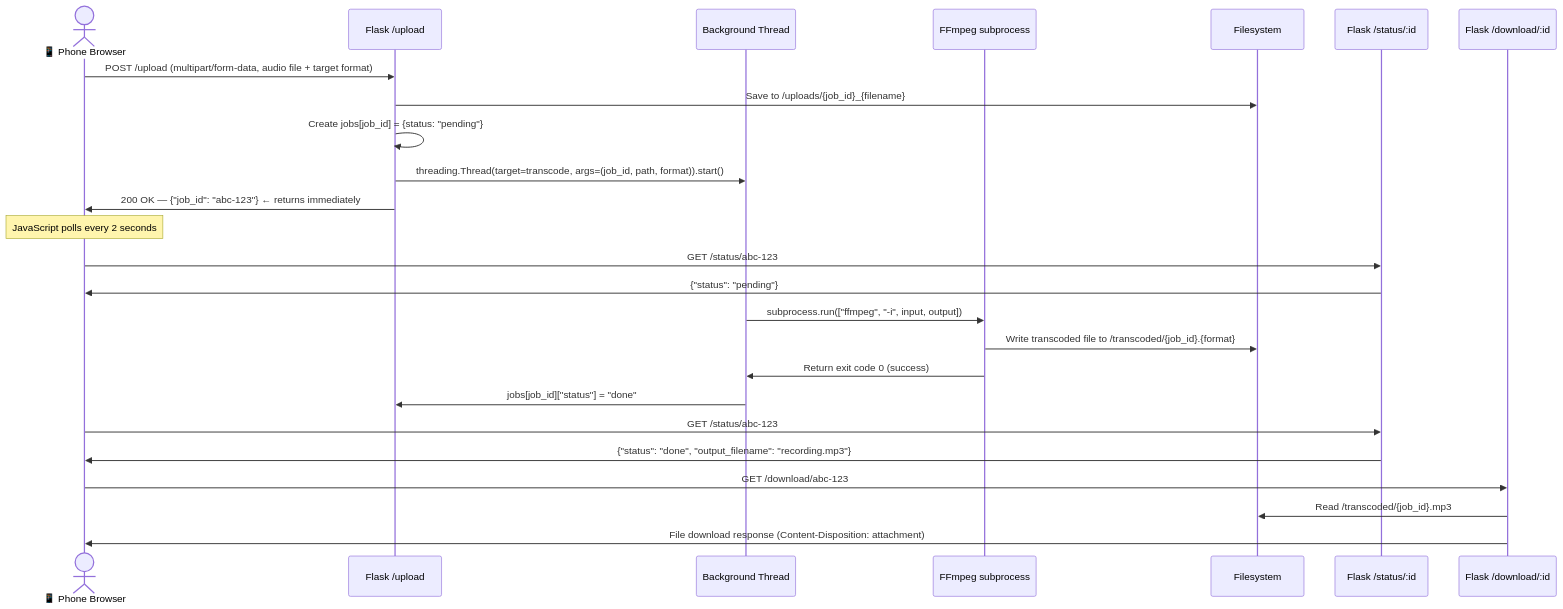
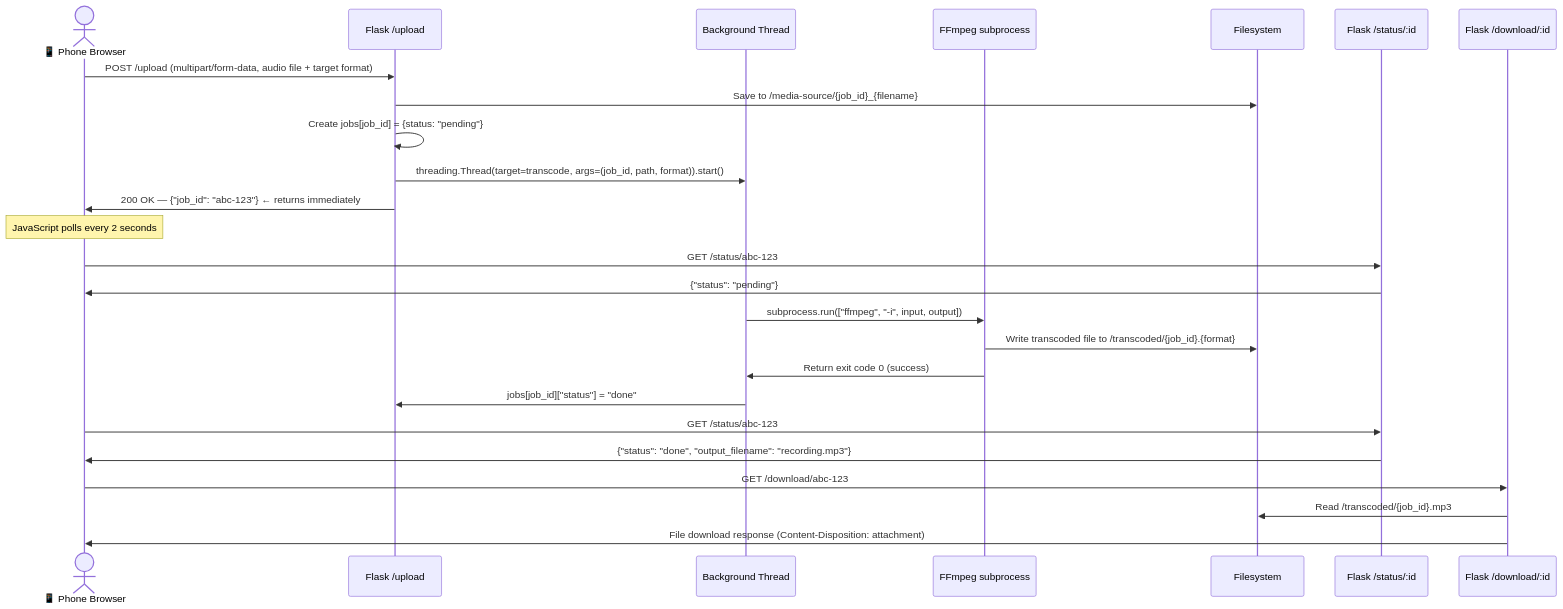
One commit to eloise-normal-name/eloise.rip changed the sixth of 6 diagrams in docs/audio-pipeline/audio-pipeline-docs.md. Above: the diagram before and after it, drawn with Mermaid. The commit also changed other lines of this file and 7 other files, not shown here.

````diff
--- a/docs/audio-pipeline/audio-pipeline-docs.md
+++ b/docs/audio-pipeline/audio-pipeline-docs.md
@@ -218,33 +220,33 @@
 ```mermaid
 sequenceDiagram
     actor Phone as 📱 Phone Browser
     participant Flask as Flask /upload
     participant Thread as Background Thread
     participant FFmpeg as FFmpeg subprocess
     participant FS as Filesystem
     participant Status as Flask /status/:id
     participant Download as Flask /download/:id
 
     Phone->>Flask: POST /upload (multipart/form-data, audio file + target format)
-    Flask->>FS: Save to /uploads/{job_id}_{filename}
+    Flask->>FS: Save to /media-source/{job_id}_{filename}
     Flask->>Flask: Create jobs[job_id] = {status: "pending"}
     Flask->>Thread: threading.Thread(target=transcode, args=(job_id, path, format)).start()
     Flask->>Phone: 200 OK — {"job_id": "abc-123"}  ← returns immediately
 
     Note over Phone: JavaScript polls every 2 seconds
 
     Phone->>Status: GET /status/abc-123
     Status->>Phone: {"status": "pending"}
 
     Thread->>FFmpeg: subprocess.run(["ffmpeg", "-i", input, output])
     FFmpeg->>FS: Write transcoded file to /transcoded/{job_id}.{format}
     FFmpeg->>Thread: Return exit code 0 (success)
     Thread->>Flask: jobs[job_id]["status"] = "done"
 
     Phone->>Status: GET /status/abc-123
     Status->>Phone: {"status": "done", "output_filename": "recording.mp3"}
 
     Phone->>Download: GET /download/abc-123
     Download->>FS: Read /transcoded/{job_id}.mp3
     Download->>Phone: File download response (Content-Disposition: attachment)
 ```
````
